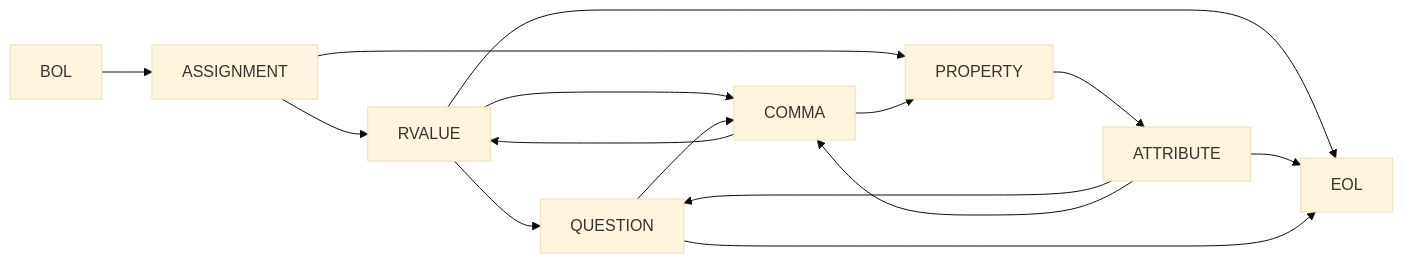
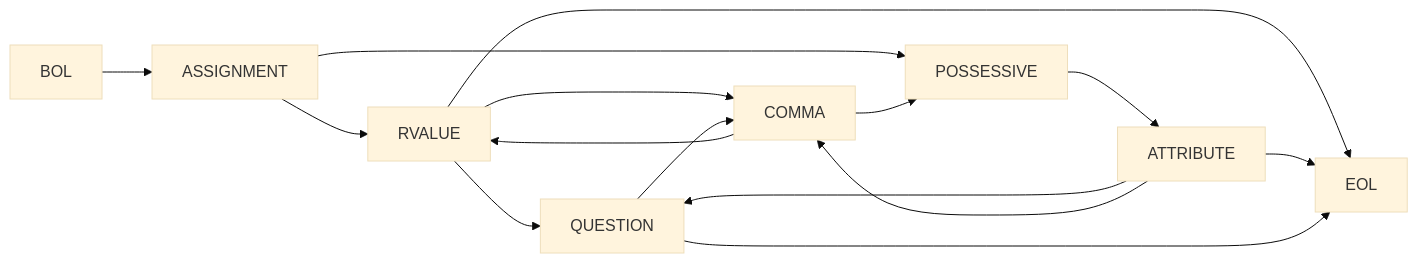
One commit to rewhowe/snapdragon changed the first of 12 diagrams in documentation/nfsm.md. Above: the diagram before and after it, drawn with Mermaid (base theme). The commit also changed other lines of this file and 11 other files, not shown here.

Commit message:
rename token property to possessive

````diff
--- a/documentation/nfsm.md
+++ b/documentation/nfsm.md
@@ -7,23 +7,23 @@
 ```mermaid
 graph LR
   BOL --> ASSIGNMENT
 
   ASSIGNMENT --> RVALUE
-  ASSIGNMENT --> PROPERTY
+  ASSIGNMENT --> POSSESSIVE
 
   RVALUE --> EOL
   RVALUE --> QUESTION
   RVALUE --> COMMA
 
-  PROPERTY --> ATTRIBUTE
+  POSSESSIVE --> ATTRIBUTE
 
   ATTRIBUTE --> EOL
   ATTRIBUTE --> QUESTION
   ATTRIBUTE --> COMMA
 
   COMMA --> RVALUE
-  COMMA --> PROPERTY
+  COMMA --> POSSESSIVE
 
   QUESTION --> COMMA
   QUESTION --> EOL
 ```
````
